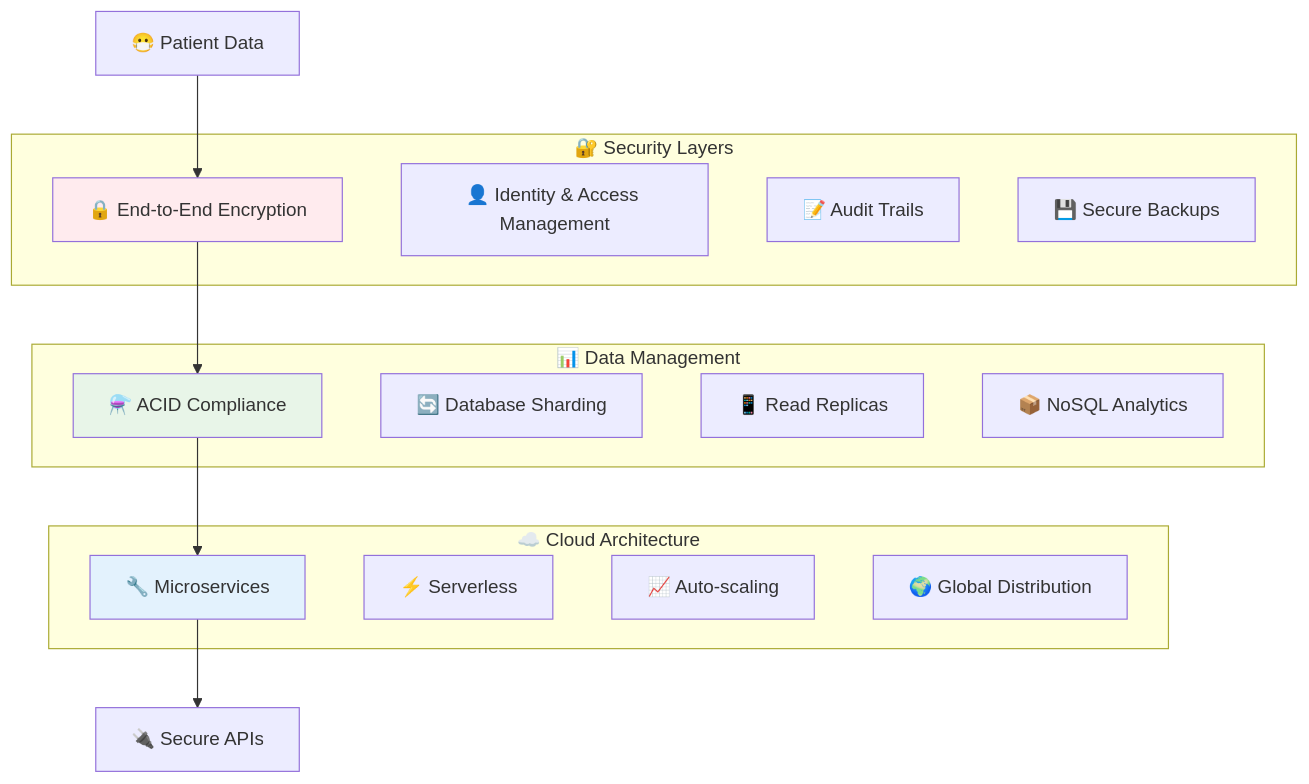
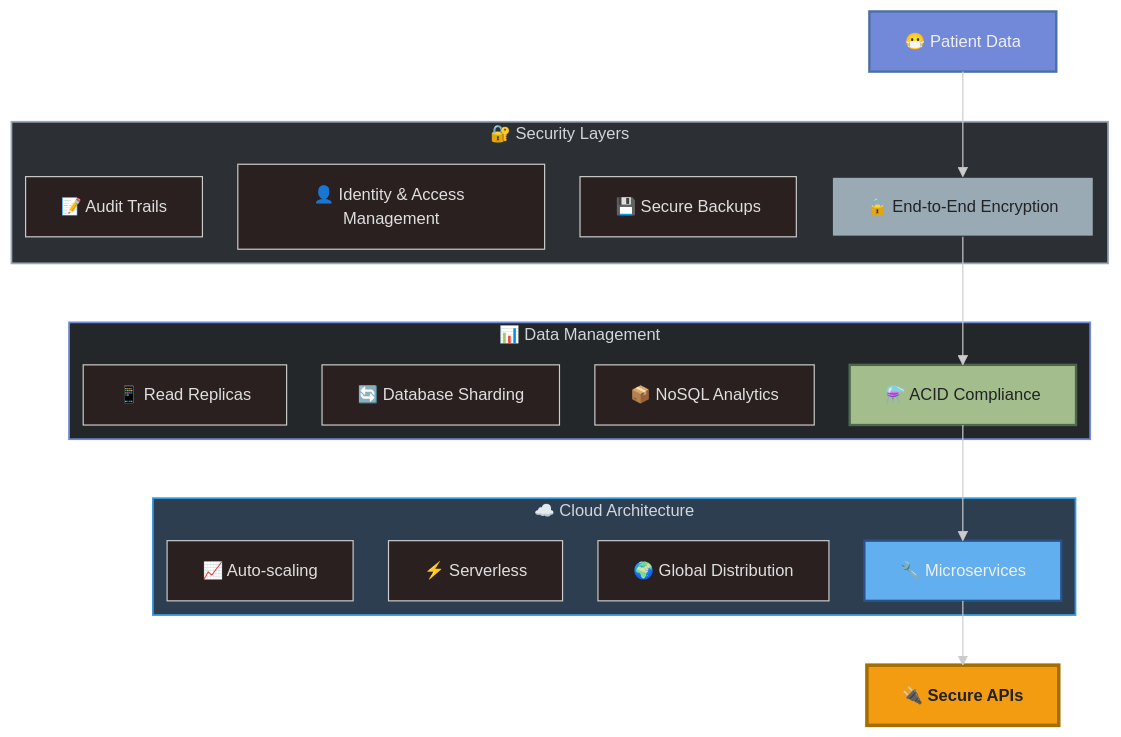
Before and after one commit to hr1juldey/FairWorks_FairDOC: the ninth of 18 diagrams in report.md, drawn with Mermaid. The commit also changed other lines of this file, not shown here.

````diff
--- a/report.md
+++ b/report.md
@@ -304,32 +455,45 @@
 ```mermaid
-graph TD
-    subgraph "🔐 Security Layers"
-        E2E[🔒 End-to-End Encryption]
-        IAM[👤 Identity & Access Management]
-        AUDIT[📝 Audit Trails]
-        BACKUP[💾 Secure Backups]
-    end
-    
-    subgraph "📊 Data Management"
-        ACID[⚗️ ACID Compliance]
-        SHARD[🔄 Database Sharding]
-        REPLICA[📱 Read Replicas]
-        NOSQL[📦 NoSQL Analytics]
-    end
-    
-    subgraph "☁️ Cloud Architecture"
-        MICRO[🔧 Microservices]
-        SERVER[⚡ Serverless]
-        SCALE[📈 Auto-scaling]
-        GLOBAL[🌍 Global Distribution]
-    end
-    
-    Patient[😷 Patient Data] --> E2E
-    E2E --> ACID
-    ACID --> MICRO
-    MICRO --> API[🔌 Secure APIs]
-    
-    style E2E fill:#ffebee
-    style ACID fill:#e8f5e8
-    style MICRO fill:#e3f2fd
+---
+config:
+  layout: elk
+  theme: neo-dark
+---
+flowchart TD
+  subgraph subGraph0["🔐 Security Layers"]
+    E2E["🔒 End-to-End Encryption"]
+    IAM["👤 Identity & Access Management"]
+    AUDIT["📝 Audit Trails"]
+    BACKUP["💾 Secure Backups"]
+  end
+
+  subgraph subGraph1["📊 Data Management"]
+    ACID["⚗️ ACID Compliance"]
+    SHARD["🔄 Database Sharding"]
+    REPLICA["📱 Read Replicas"]
+    NOSQL["📦 NoSQL Analytics"]
+  end
+
+  subgraph subGraph2["☁️ Cloud Architecture"]
+    MICRO["🔧 Microservices"]
+    SERVER["⚡ Serverless"]
+    SCALE["📈 Auto-scaling"]
+    GLOBAL["🌍 Global Distribution"]
+  end
+
+  Patient["😷 Patient Data"] --> E2E
+  E2E --> ACID
+  ACID --> MICRO
+  MICRO --> API["🔌 Secure APIs"]
+
+  %% Styling for dark and light mode compatibility
+  style subGraph0 fill:#2c2f33,stroke:#99aab5,stroke-width:1.5px,color:#d3d6db
+  style subGraph1 fill:#23272a,stroke:#7289da,stroke-width:1.5px,color:#d3d6db
+  style subGraph2 fill:#2c3e50,stroke:#3498db,stroke-width:1.5px,color:#d3d6db
+
+  style Patient fill:#7289da,stroke:#4a6fa5,stroke-width:2px,color:#f0f0f0
+  style E2E fill:#99aab5,stroke:#2c2f33,stroke-width:2px,color:#202225
+  style ACID fill:#a3be8c,stroke:#4f674d,stroke-width:2px,color:#202225
+  style MICRO fill:#61afef,stroke:#2a5289,stroke-width:2px,color:#f0f0f0
+  style API fill:#f39c12,stroke:#a56e00,stroke-width:3px,color:#202225,font-weight:bold
+
 ```
````
